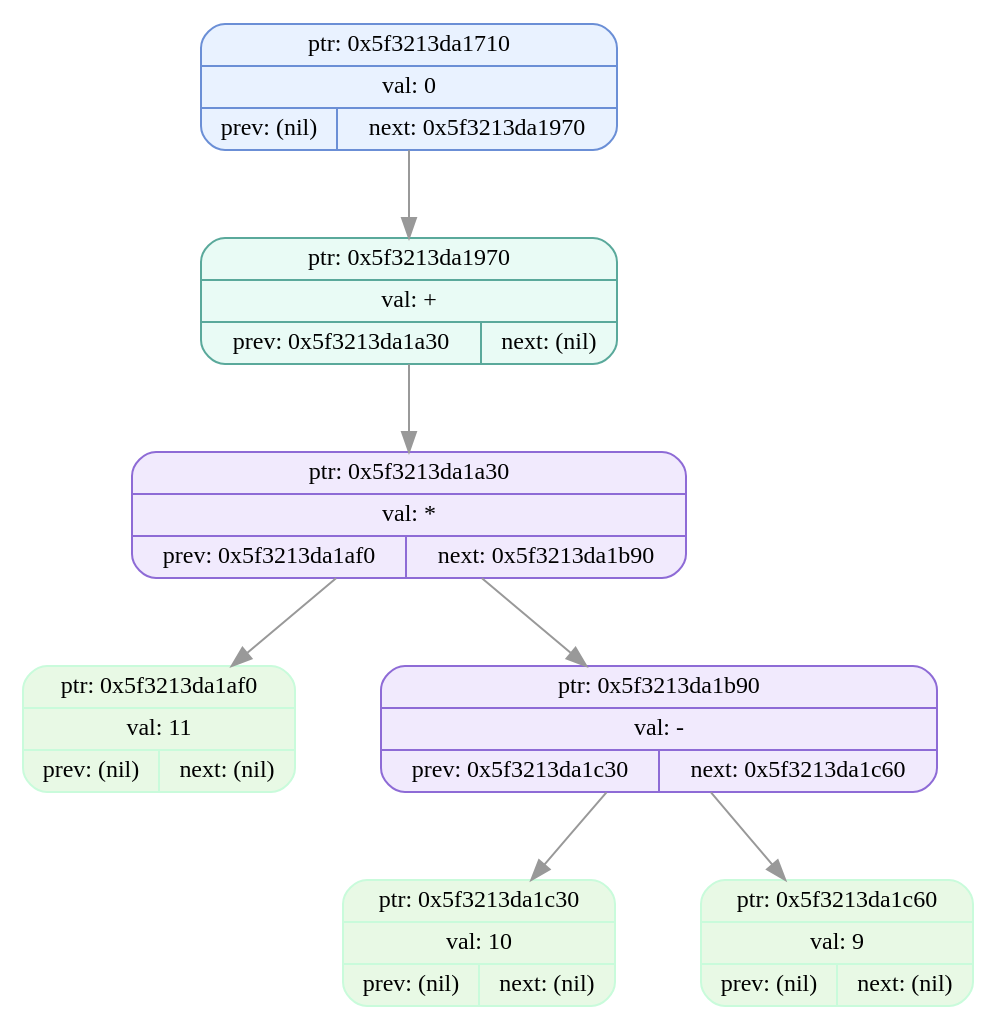
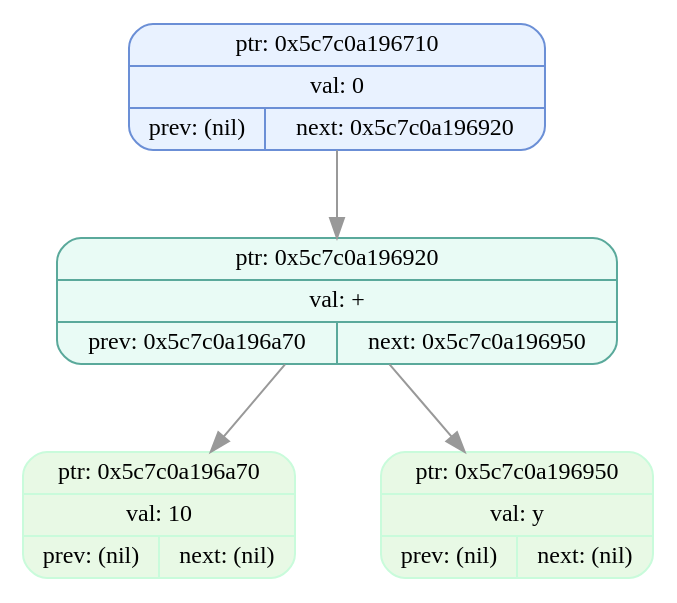
The diagram in dumps/tree_dump_005.dot (EvilTomato9890/Difference), drawn with Graphviz before and after one commit. The commit also changed 34 other files, not shown here.

```diff
--- a/dumps/tree_dump_005.dot
+++ b/dumps/tree_dump_005.dot
@@ -1,17 +1,11 @@
 digraph T{
   node [fontname="Fira Mono",shape=record,style="filled,rounded",fontsize=12];
   graph [splines=true, nodesep=0.6, ranksep=0.6];
-  node_0x5f3213da1710[shape=record,label="{ {ptr: 0x5f3213da1710} | {val: 0} | { prev: (nil) | next: 0x5f3213da1970 } }",color="#6b8fd6",fillcolor="#e9f2ff"];
-  node_0x5f3213da1970[shape=record,label="{ {ptr: 0x5f3213da1970} | {val: +} | { prev: 0x5f3213da1a30 | next: (nil) } }",color="#5aa99b",fillcolor="#e9fbf5"];
-  node_0x5f3213da1a30[shape=record,label="{ {ptr: 0x5f3213da1a30} | {val: *} | { prev: 0x5f3213da1af0 | next: 0x5f3213da1b90 } }",color="#8e6bd6",fillcolor="#f1eafd"];
-  node_0x5f3213da1af0[shape=record,label="{ {ptr: 0x5f3213da1af0} | {val: 11} | { prev: (nil) | next: (nil) } }",color="#c9fbdbff",fillcolor="#e8f9e5ff"];
-  node_0x5f3213da1b90[shape=record,label="{ {ptr: 0x5f3213da1b90} | {val: -} | { prev: 0x5f3213da1c30 | next: 0x5f3213da1c60 } }",color="#8e6bd6",fillcolor="#f1eafd"];
-  node_0x5f3213da1c30[shape=record,label="{ {ptr: 0x5f3213da1c30} | {val: 10} | { prev: (nil) | next: (nil) } }",color="#c9fbdbff",fillcolor="#e8f9e5ff"];
-  node_0x5f3213da1c60[shape=record,label="{ {ptr: 0x5f3213da1c60} | {val: 9} | { prev: (nil) | next: (nil) } }",color="#c9fbdbff",fillcolor="#e8f9e5ff"];
-  node_0x5f3213da1710 -> node_0x5f3213da1970 [color="#999999"];
-  node_0x5f3213da1970 -> node_0x5f3213da1a30 [color="#999999"];
-  node_0x5f3213da1a30 -> node_0x5f3213da1af0 [color="#999999"];
-  node_0x5f3213da1a30 -> node_0x5f3213da1b90 [color="#999999"];
-  node_0x5f3213da1b90 -> node_0x5f3213da1c30 [color="#999999"];
-  node_0x5f3213da1b90 -> node_0x5f3213da1c60 [color="#999999"];
+  node_0x5c7c0a196710[shape=record,label="{ {ptr: 0x5c7c0a196710} | {val: 0} | { prev: (nil) | next: 0x5c7c0a196920 } }",color="#6b8fd6",fillcolor="#e9f2ff"];
+  node_0x5c7c0a196920[shape=record,label="{ {ptr: 0x5c7c0a196920} | {val: +} | { prev: 0x5c7c0a196a70 | next: 0x5c7c0a196950 } }",color="#5aa99b",fillcolor="#e9fbf5"];
+  node_0x5c7c0a196a70[shape=record,label="{ {ptr: 0x5c7c0a196a70} | {val: 10} | { prev: (nil) | next: (nil) } }",color="#c9fbdbff",fillcolor="#e8f9e5ff"];
+  node_0x5c7c0a196950[shape=record,label="{ {ptr: 0x5c7c0a196950} | {val: y} | { prev: (nil) | next: (nil) } }",color="#c9fbdbff",fillcolor="#e8f9e5ff"];
+  node_0x5c7c0a196710 -> node_0x5c7c0a196920 [color="#999999"];
+  node_0x5c7c0a196920 -> node_0x5c7c0a196a70 [color="#999999"];
+  node_0x5c7c0a196920 -> node_0x5c7c0a196950 [color="#999999"];
 }
```
